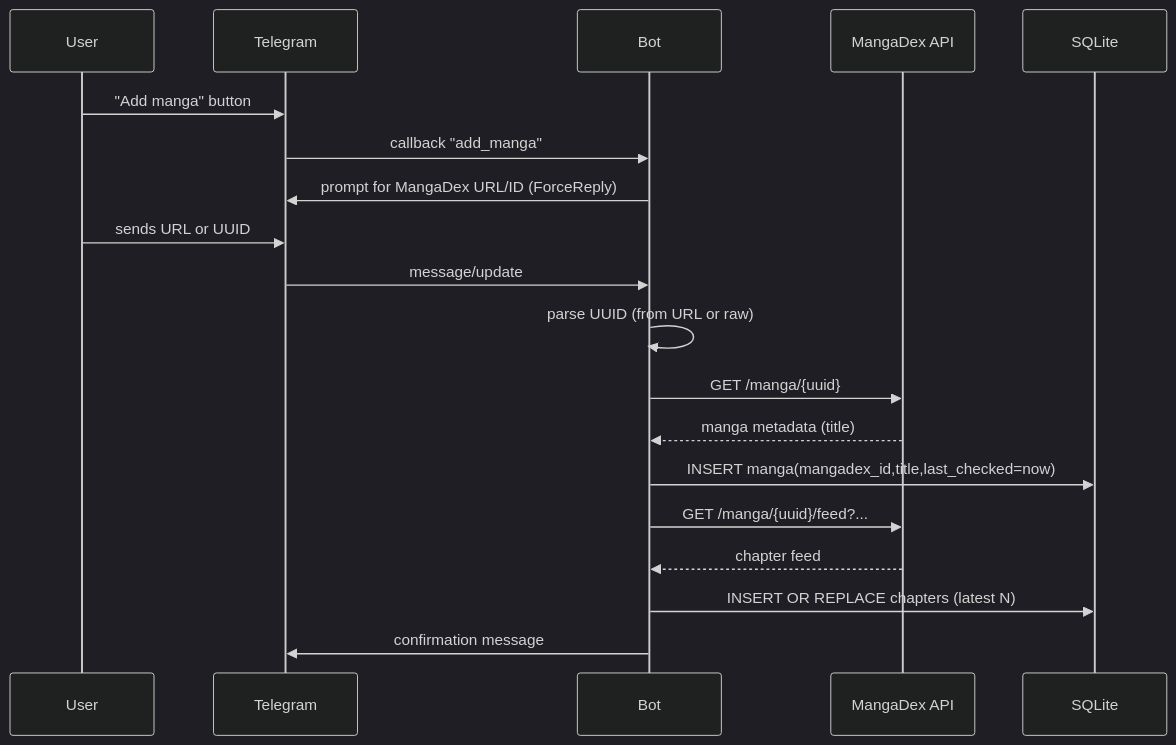
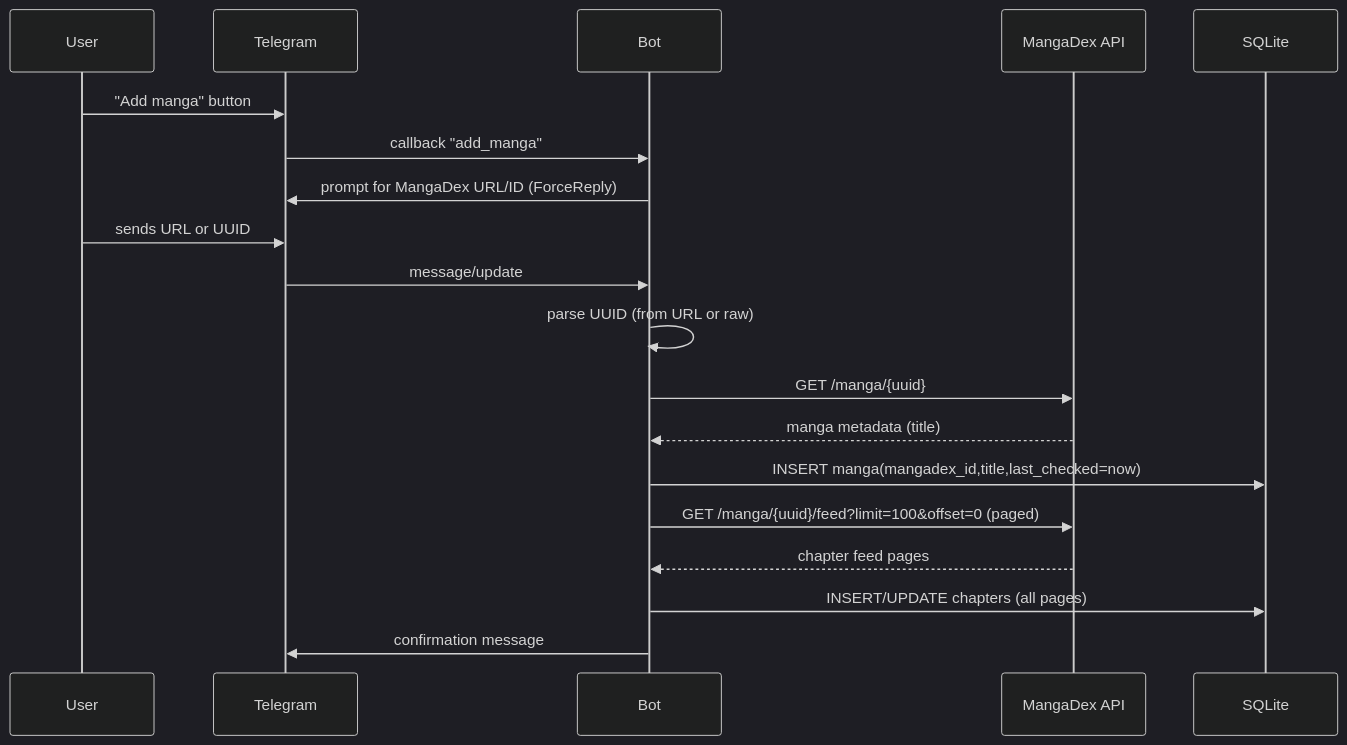
Before and after one commit to BattermanZ/ReleaseNoJutsu: the fifth of 9 diagrams in docs/workflow.md, drawn with Mermaid (dark theme). The commit also changed other lines of this file and 11 other files, not shown here.

````diff
--- a/docs/workflow.md
+++ b/docs/workflow.md
@@ -141,24 +141,24 @@
 ```mermaid
 sequenceDiagram
   participant U as User
   participant T as Telegram
   participant B as Bot
   participant MD as MangaDex API
   participant DB as SQLite
 
   U->>T: "Add manga" button
   T->>B: callback "add_manga"
   B->>T: prompt for MangaDex URL/ID (ForceReply)
 
   U->>T: sends URL or UUID
   T->>B: message/update
   B->>B: parse UUID (from URL or raw)
 
   B->>MD: GET /manga/{uuid}
   MD-->>B: manga metadata (title)
   B->>DB: INSERT manga(mangadex_id,title,last_checked=now)
-  B->>MD: GET /manga/{uuid}/feed?...
-  MD-->>B: chapter feed
-  B->>DB: INSERT OR REPLACE chapters (latest N)
+  B->>MD: GET /manga/{uuid}/feed?limit=100&offset=0 (paged)
+  MD-->>B: chapter feed pages
+  B->>DB: INSERT/UPDATE chapters (all pages)
   B->>T: confirmation message
 ```
````
